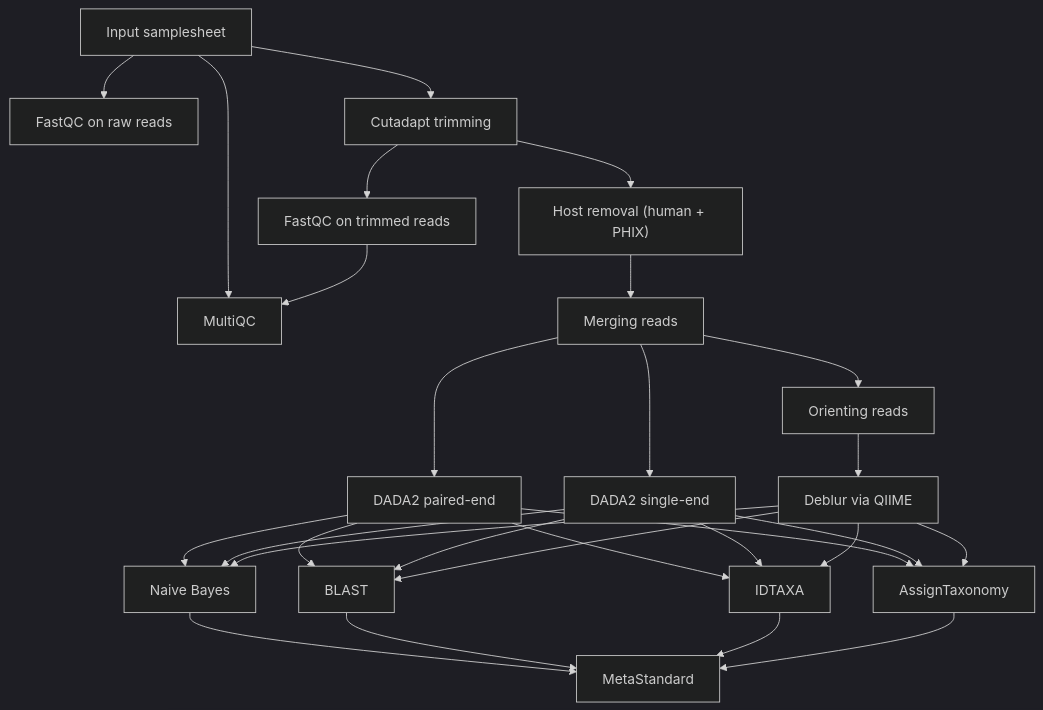
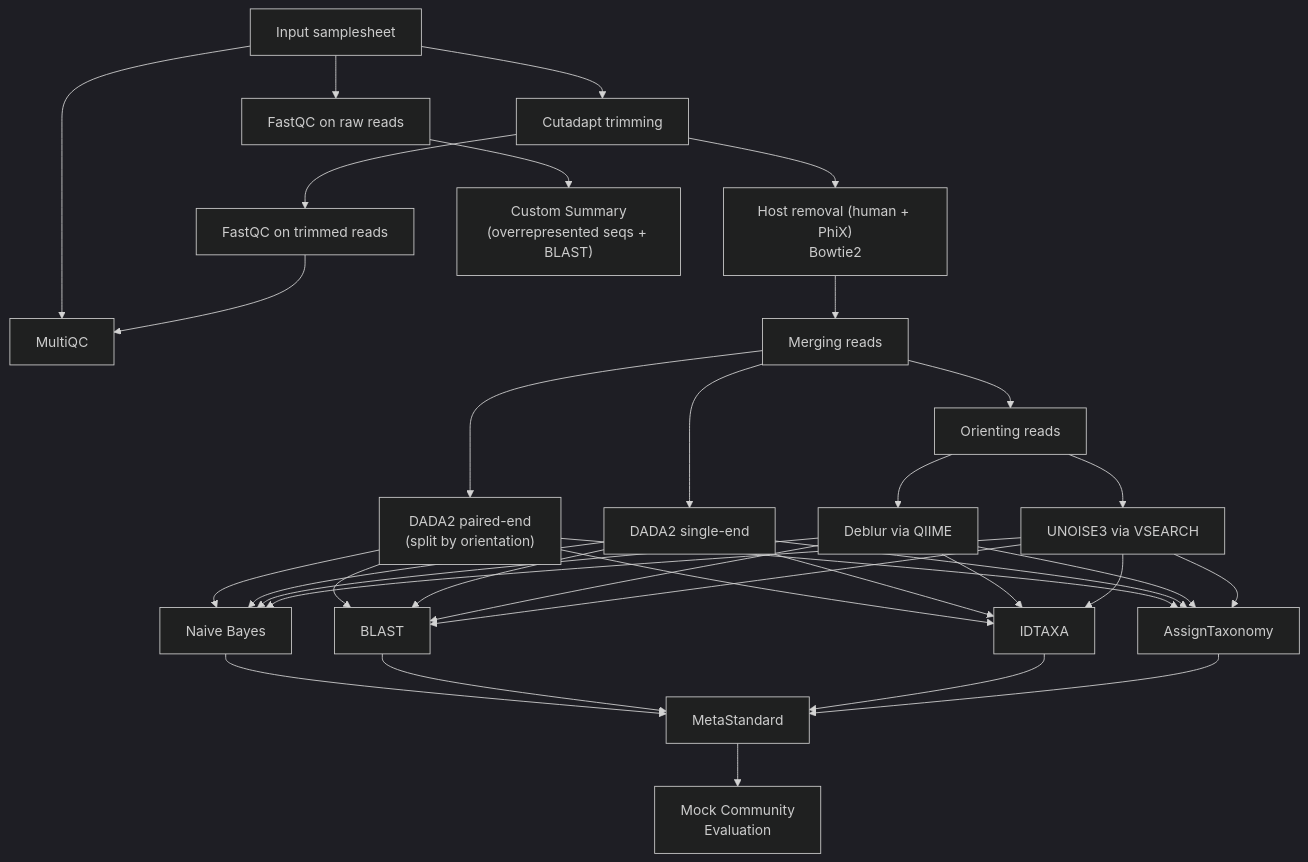
One commit to xpolak37/16S-rRNA-amplicon-workflow changed the diagram in README.md. Above: the diagram before and after it, drawn with Mermaid (dark theme). The commit also changed other lines of this file, not shown here.

````diff
--- a/README.md
+++ b/README.md
@@ -20,18 +20,22 @@
 ```mermaid
 flowchart TB
     A["Input samplesheet"] --> B["FastQC on raw reads"]
     A --> C["Cutadapt trimming"] & Z["MultiQC"]
-    C --> D["FastQC on trimmed reads"] & E["Host removal (human + PHIX)"]
+    C --> D["FastQC on trimmed reads"] & E["Host removal (human + PhiX)\nBowtie2"]
+    B --> CS["Custom Summary\n(overrepresented seqs + BLAST)"]
     D --> Z
-    E --> F["Merging reads"] 
+    E --> F["Merging reads"]
     F --> G["Orienting reads"]
-    F --> H["DADA2 paired-end"] & I["DADA2 single-end"]  
+    F --> H["DADA2 paired-end\n(split by orientation)"] & I["DADA2 single-end"]
     G --> J["Deblur via QIIME"]
+    G --> K["UNOISE3 via VSEARCH"]
     H --> M["Naive Bayes"] & P["BLAST"] & S["IDTAXA"] & V["AssignTaxonomy"]
     I --> M & P & S & V
     J --> M & P & S & V
+    K --> M & P & S & V
     M --> Y["MetaStandard"]
     P --> Y
     S --> Y
     V --> Y
+    Y --> ME["Mock Community\nEvaluation"]
 ```
````
